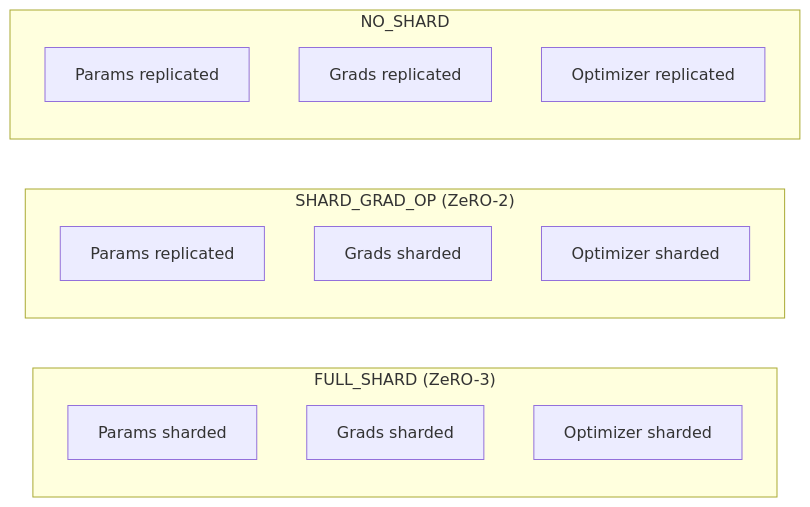
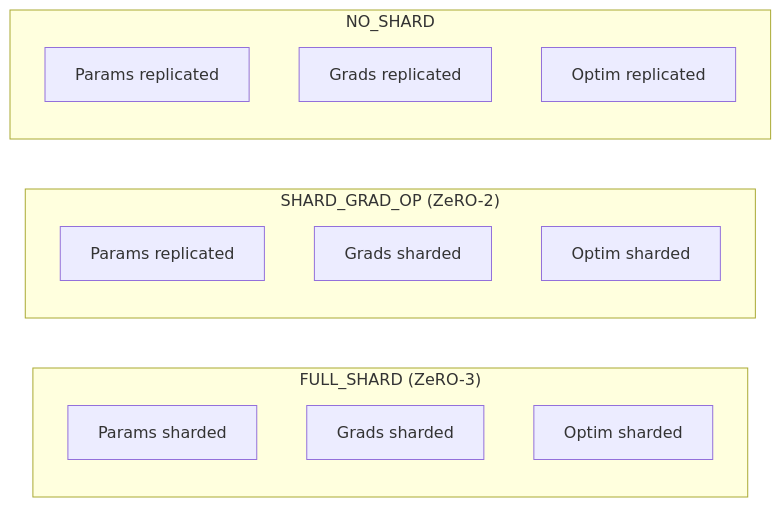
Before and after one commit to abhishek-patnia-nu/apatnia-paper-reader: the second of 2 diagrams in guides/accelerated-computing/lightning-fsdp-strategy.md, drawn with Mermaid. The commit also changed other lines of this file, not shown here.

````diff
--- a/guides/accelerated-computing/lightning-fsdp-strategy.md
+++ b/guides/accelerated-computing/lightning-fsdp-strategy.md
@@ -309,18 +196,12 @@
 ```mermaid
 flowchart LR
     subgraph FULL_SHARD["FULL_SHARD (ZeRO-3)"]
-        P1[Params sharded]
-        G1[Grads sharded]
-        O1[Optimizer sharded]
+      a[Params sharded] & b[Grads sharded] & c[Optim sharded]
     end
     subgraph SHARD_GRAD_OP["SHARD_GRAD_OP (ZeRO-2)"]
-        P2[Params replicated]
-        G2[Grads sharded]
-        O2[Optimizer sharded]
+      d[Params replicated] & e[Grads sharded] & f[Optim sharded]
     end
     subgraph NO_SHARD["NO_SHARD"]
-        P3[Params replicated]
-        G3[Grads replicated]
-        O3[Optimizer replicated]
+      g[Params replicated] & h[Grads replicated] & i[Optim replicated]
     end
 ```
````
